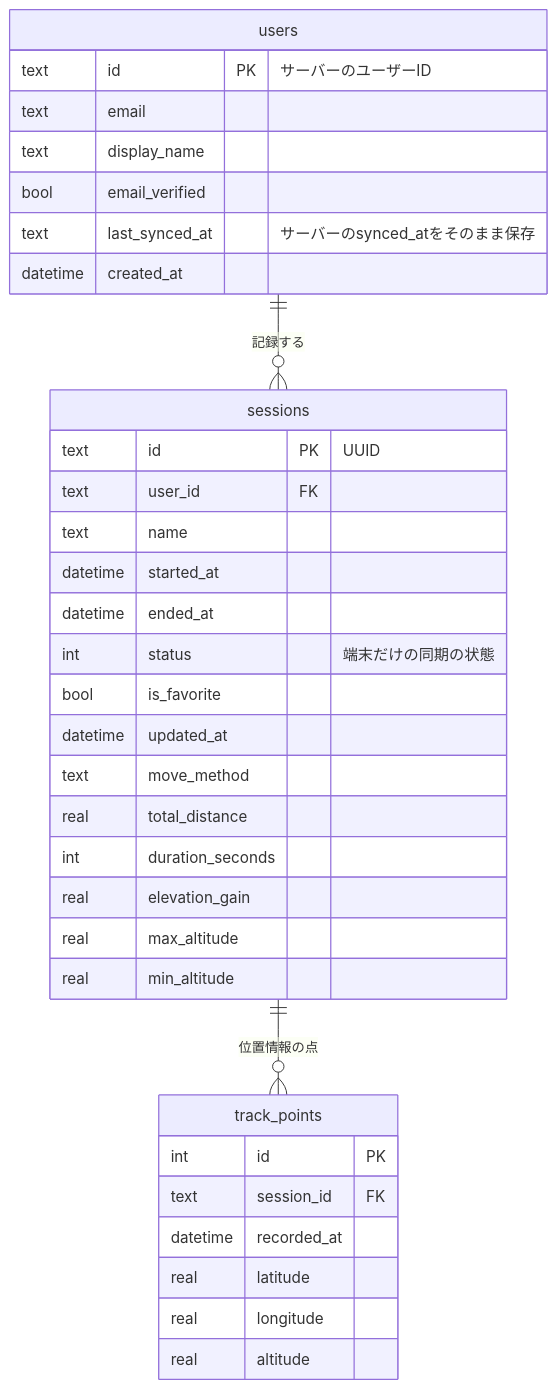
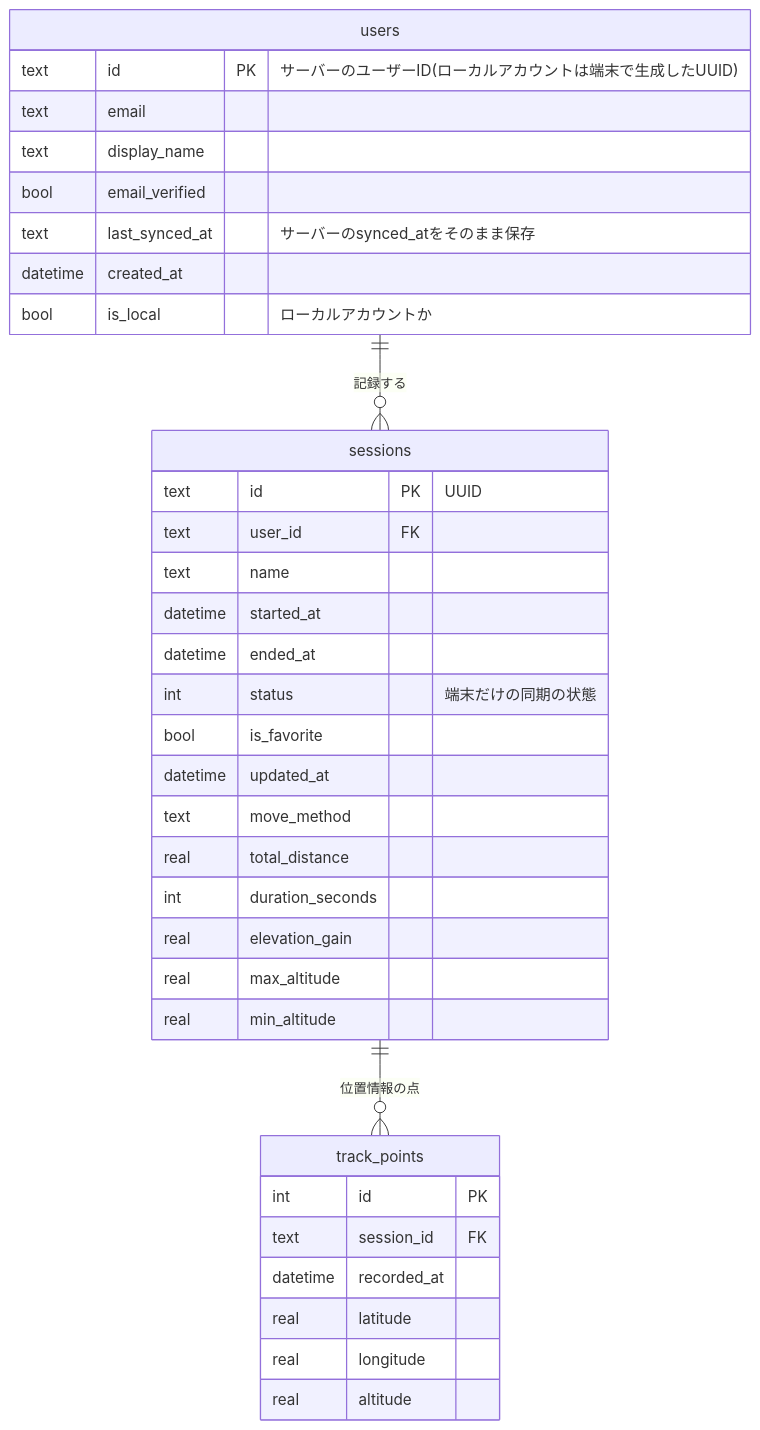
One commit to Yoshinori-Oda/osampo-tracker changed the second of 3 diagrams in docs/basic-design/data.md. Above: the diagram before and after it, drawn with Mermaid. The commit also changed other lines of this file and 5 other files, not shown here.

````diff
--- a/docs/basic-design/data.md
+++ b/docs/basic-design/data.md
@@ -156,38 +156,39 @@
 ```mermaid
 erDiagram
     users ||--o{ sessions : "記録する"
     sessions ||--o{ track_points : "位置情報の点"
 
     users {
-        text id PK "サーバーのユーザーID"
+        text id PK "サーバーのユーザーID(ローカルアカウントは端末で生成したUUID)"
         text email
         text display_name
         bool email_verified
         text last_synced_at "サーバーのsynced_atをそのまま保存"
         datetime created_at
+        bool is_local "ローカルアカウントか"
     }
     sessions {
         text id PK "UUID"
         text user_id FK
         text name
         datetime started_at
         datetime ended_at
         int status "端末だけの同期の状態"
         bool is_favorite
         datetime updated_at
         text move_method
         real total_distance
         int duration_seconds
         real elevation_gain
         real max_altitude
         real min_altitude
     }
     track_points {
         int id PK
         text session_id FK
         datetime recorded_at
         real latitude
         real longitude
         real altitude
     }
 ```
````
